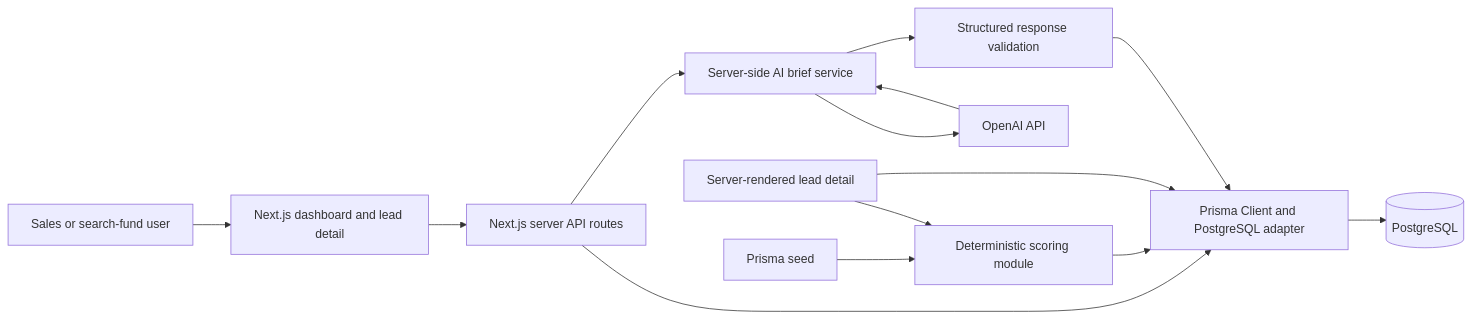
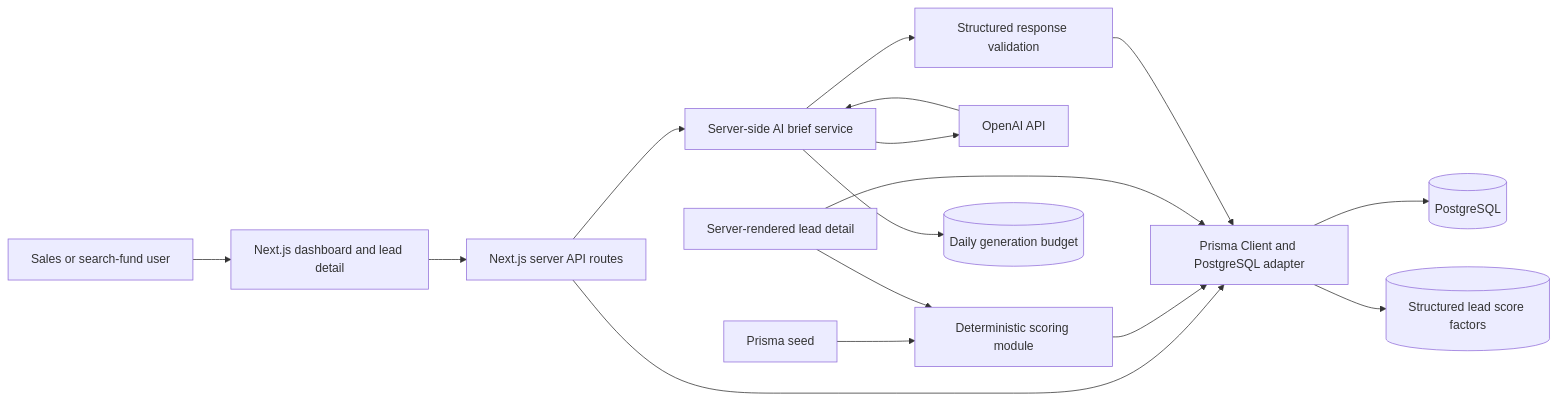
One commit to ChetanAditya2902/caprae-lead-intelligence changed the diagram in README.md. Above: the diagram before and after it, drawn with Mermaid. The commit also changed other lines of this file and 21 other files, not shown here.

````diff
--- a/README.md
+++ b/README.md
@@ -54,16 +69,18 @@
 ```mermaid
 flowchart LR
     User[Sales or search-fund user] --> UI[Next.js dashboard and lead detail]
     UI --> API[Next.js server API routes]
     API --> Prisma[Prisma Client and PostgreSQL adapter]
     Prisma --> DB[(PostgreSQL)]
     Seed[Prisma seed] --> Scoring[Deterministic scoring module]
     Scoring --> Prisma
     Detail[Server-rendered lead detail] --> Scoring
     Detail --> Prisma
+    Prisma --> Factors[(Structured lead score factors)]
     API --> Brief[Server-side AI brief service]
     Brief --> OpenAI[OpenAI API]
     OpenAI --> Brief
     Brief --> Validate[Structured response validation]
     Validate --> Prisma
+    Brief --> Budget[(Daily generation budget)]
 ```
````
